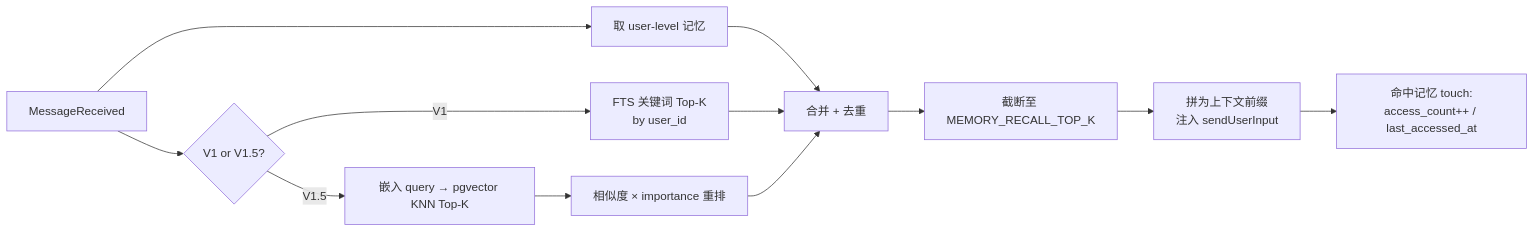
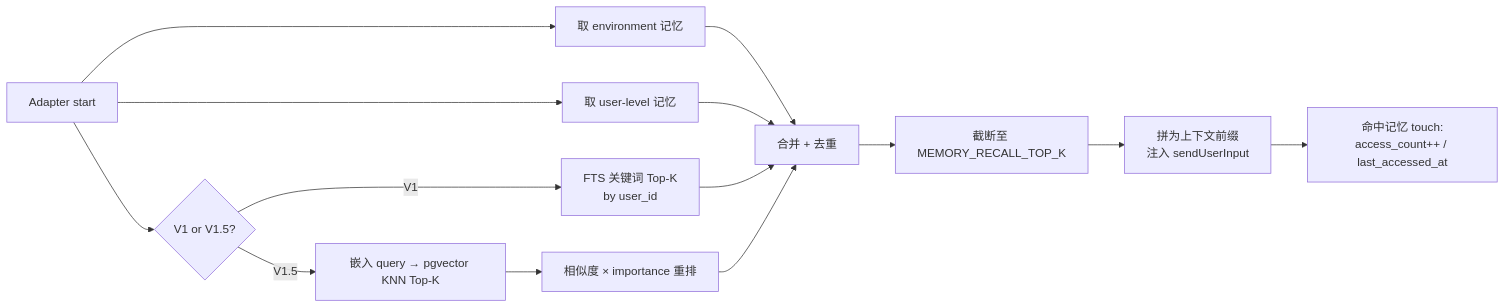
One commit to ygq-future/ai-cli-hub changed the second of 2 diagrams in docs/06-Memory-Design.md. Above: the diagram before and after it, drawn with Mermaid. The commit also changed other lines of this file and 9 other files, not shown here.

````diff
--- a/docs/06-Memory-Design.md
+++ b/docs/06-Memory-Design.md
@@ -76,14 +86,16 @@
 ```mermaid
 flowchart LR
-    IN[MessageReceived] --> U[取 user-level 记忆]
+    IN[Adapter start] --> E[取 environment 记忆]
+    IN --> U[取 user-level 记忆]
     IN --> R{V1 or V1.5?}
     R -->|V1| FTS[FTS 关键词 Top-K<br/>by user_id]
     R -->|V1.5| VEC[嵌入 query → pgvector KNN Top-K]
-    U --> MERGE[合并 + 去重]
+    E --> MERGE[合并 + 去重]
+    U --> MERGE
     FTS --> MERGE
     VEC --> RANK[相似度 × importance 重排]
     RANK --> MERGE
     MERGE --> CAP[截断至 MEMORY_RECALL_TOP_K]
     CAP --> INJ[拼为上下文前缀<br/>注入 sendUserInput]
     INJ --> TOUCH[命中记忆 touch:<br/>access_count++ / last_accessed_at]
 ```
````
